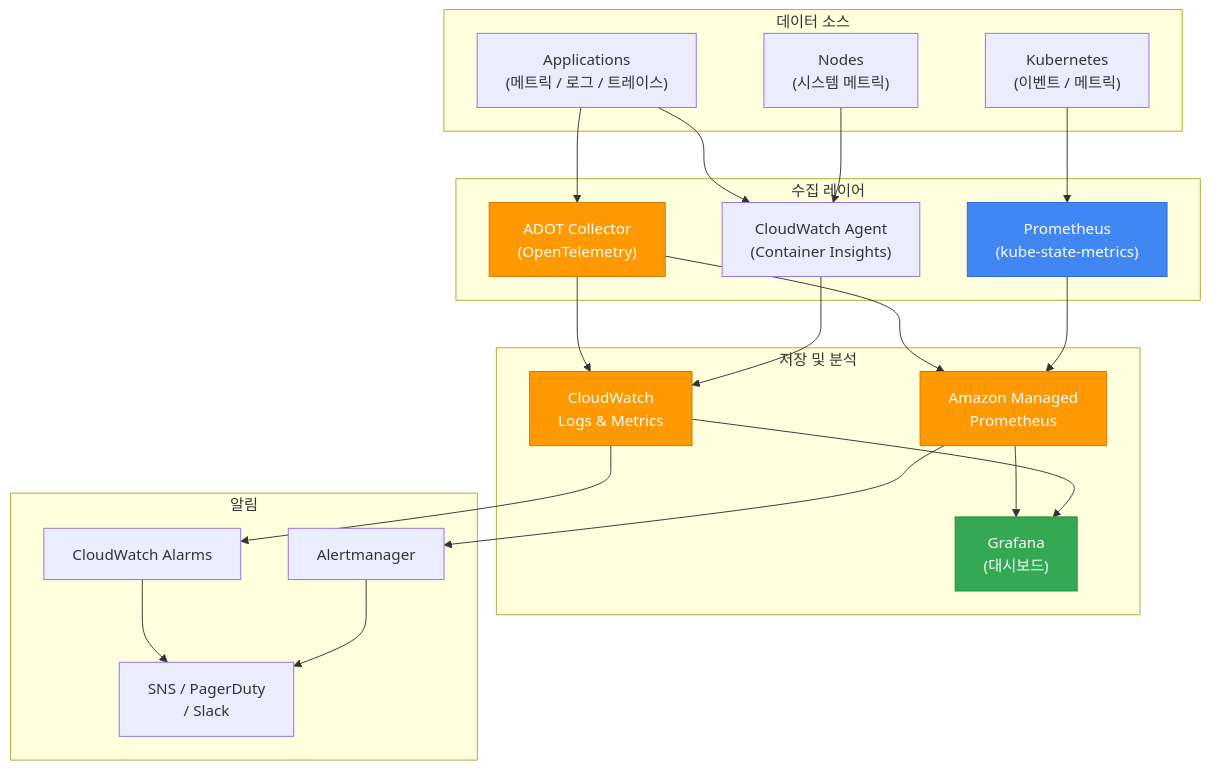
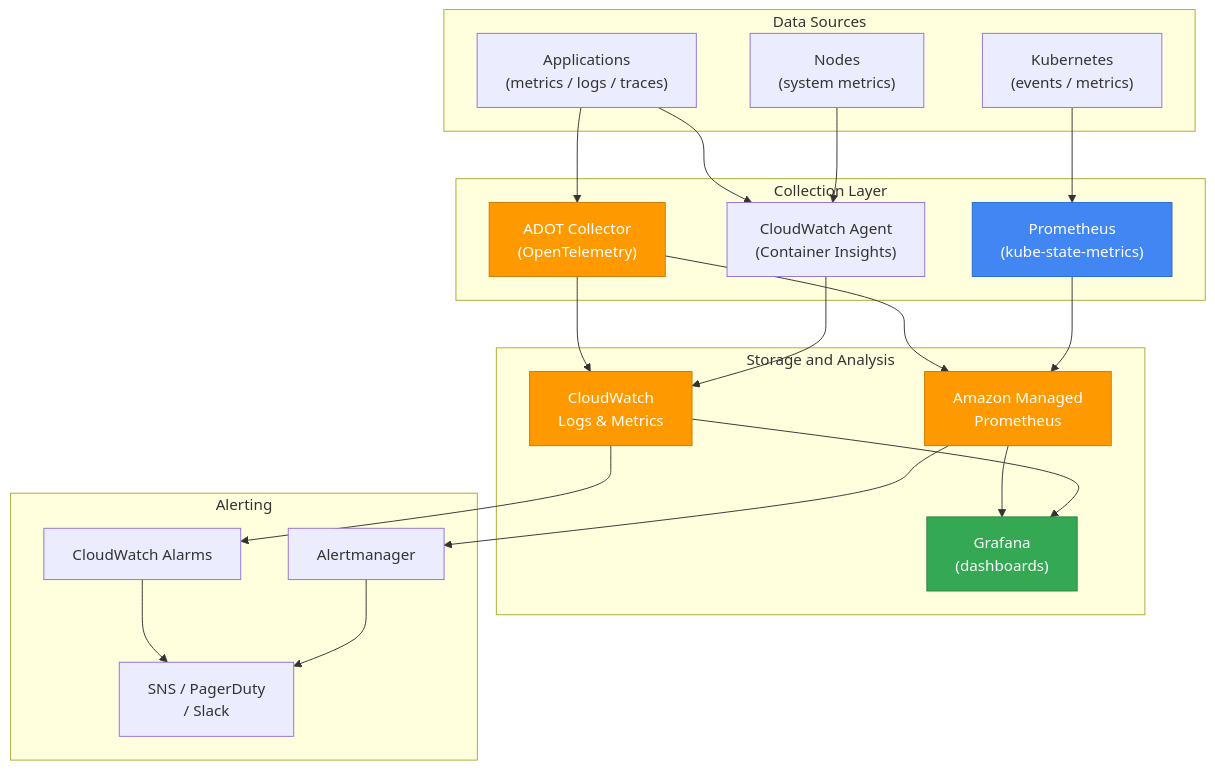
Before and after one commit to devfloor9/engineering-playbook: the first of 2 diagrams in docs/eks-best-practices/operations-reliability/eks-debugging/observability.md, drawn with Mermaid. The commit also changed other lines of this file and 954 other files, not shown here.

````diff
--- a/docs/eks-best-practices/operations-reliability/eks-debugging/observability.md
+++ b/docs/eks-best-practices/operations-reliability/eks-debugging/observability.md
@@ -24,60 +24,60 @@
 ```mermaid
 flowchart TB
-    subgraph "데이터 소스"
+    subgraph "Data Sources"
         APPS["`Applications
-        (메트릭 / 로그 / 트레이스)`"]
+        (metrics / logs / traces)`"]
         K8S["`Kubernetes
-        (이벤트 / 메트릭)`"]
+        (events / metrics)`"]
         NODES["`Nodes
-        (시스템 메트릭)`"]
+        (system metrics)`"]
     end
 
-    subgraph "수집 레이어"
+    subgraph "Collection Layer"
         ADOT["`ADOT Collector
         (OpenTelemetry)`"]
         CWA["`CloudWatch Agent
         (Container Insights)`"]
         PROM["`Prometheus
         (kube-state-metrics)`"]
     end
 
-    subgraph "저장 및 분석"
+    subgraph "Storage and Analysis"
         CW["`CloudWatch
         Logs & Metrics`"]
         AMP["`Amazon Managed
         Prometheus`"]
         GRAF["`Grafana
-        (대시보드)`"]
+        (dashboards)`"]
     end
 
-    subgraph "알림"
+    subgraph "Alerting"
         ALARM["`CloudWatch Alarms`"]
         AM["`Alertmanager`"]
         SNS["`SNS / PagerDuty
         / Slack`"]
     end
 
     APPS --> ADOT
     APPS --> CWA
     K8S --> PROM
     NODES --> CWA
 
     ADOT --> CW
     ADOT --> AMP
     CWA --> CW
     PROM --> AMP
 
     AMP --> GRAF
     CW --> GRAF
 
     CW --> ALARM
     AMP --> AM
     ALARM --> SNS
     AM --> SNS
 
     style ADOT fill:#ff9900,stroke:#cc7a00,color:#fff
     style CW fill:#ff9900,stroke:#cc7a00,color:#fff
     style AMP fill:#ff9900,stroke:#cc7a00,color:#fff
     style PROM fill:#4286f4,stroke:#2a6acf,color:#fff
     style GRAF fill:#34a853,stroke:#2a8642,color:#fff
 ```
````
